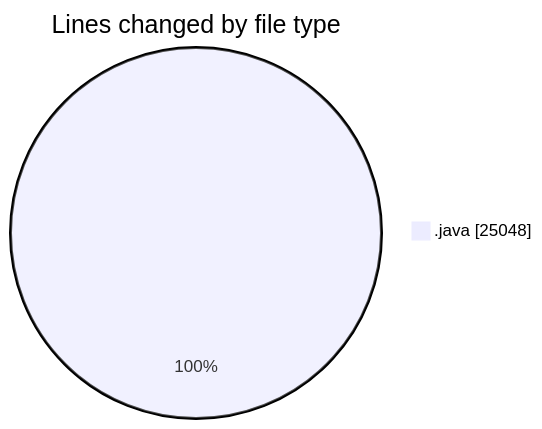
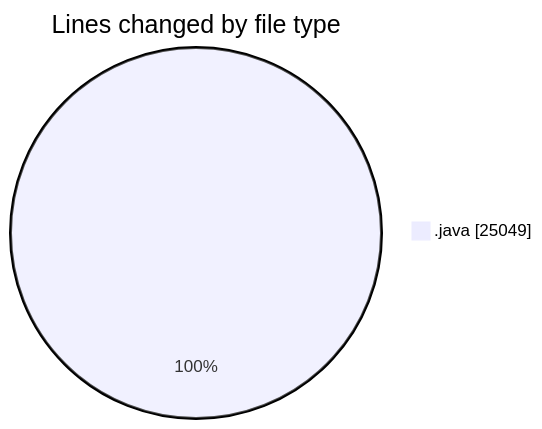
Before and after one commit to ricardozamudiocil/code-tracking: the first of 2 diagrams in 2026-05-19/cilapp/README.md, drawn with Mermaid. The commit also changed other lines of this file and 1 other file, not shown here.

````diff
--- a/2026-05-19/cilapp/README.md
+++ b/2026-05-19/cilapp/README.md
@@ -23,5 +23,5 @@
 ```mermaid
 pie showData
 title Lines changed by file type
-".java" : 25048
+".java" : 25049
 ```
````
